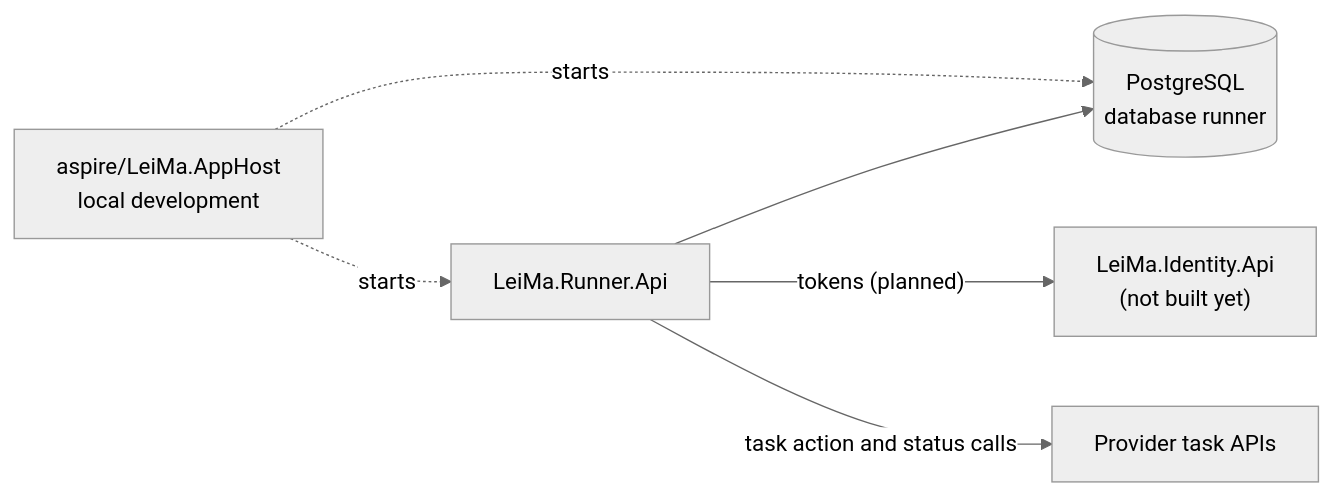
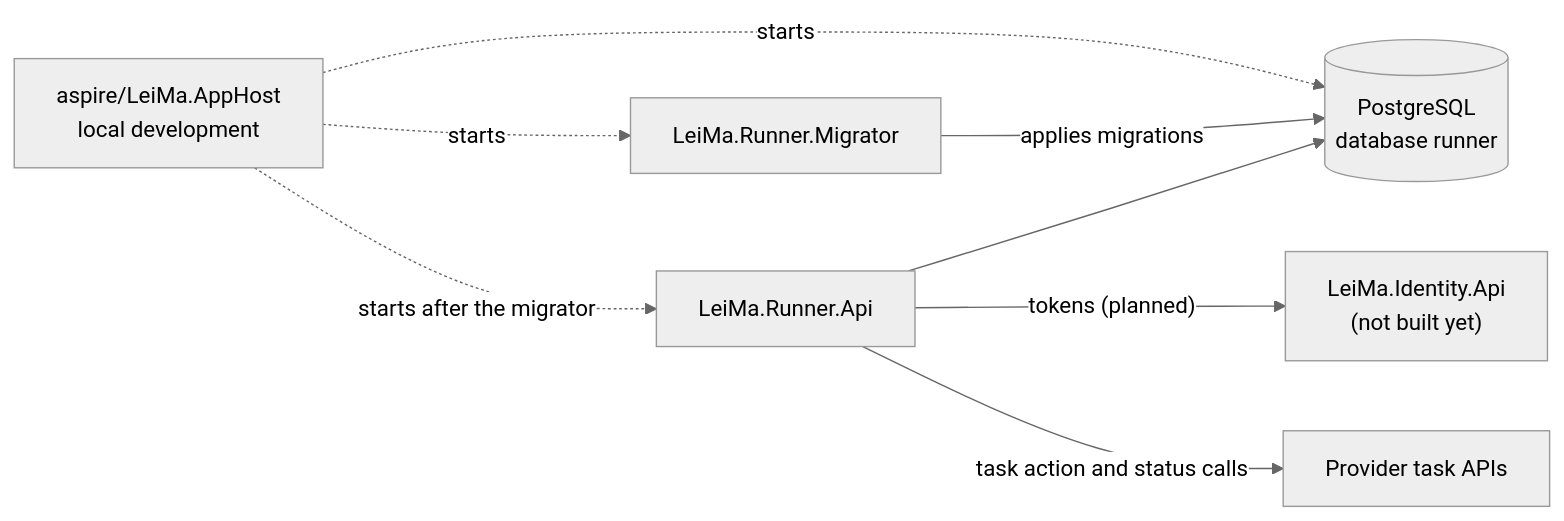
The diagram in services/LeiMa.Runner/CLAUDE.md (philippe-donnette/LeiMa), drawn with Mermaid (neutral theme) before and after one commit. The commit also changed other lines of this file and 2 other files, not shown here.

Commit message:
docs: 80 - document the Runner persistence, migrator and tests (#94)

````diff
--- a/services/LeiMa.Runner/CLAUDE.md
+++ b/services/LeiMa.Runner/CLAUDE.md
@@ -21,8 +24,10 @@
 ```mermaid
 flowchart LR
-    Host["aspire/LeiMa.AppHost<br/>local development"] -. starts .-> Runner["LeiMa.Runner.Api"]
+    Host["aspire/LeiMa.AppHost<br/>local development"] -. starts .-> Migrator["LeiMa.Runner.Migrator"]
+    Host -. starts after the migrator .-> Runner["LeiMa.Runner.Api"]
     Host -. starts .-> PG[("PostgreSQL<br/>database runner")]
+    Migrator -->|"applies migrations"| PG
     Runner --> PG
     Runner -->|"tokens (planned)"| Identity["LeiMa.Identity.Api<br/>(not built yet)"]
     Runner -->|"task action and status calls"| Providers["Provider task APIs"]
 ```
````
